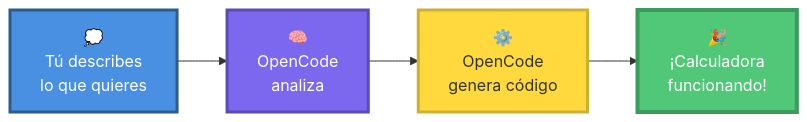
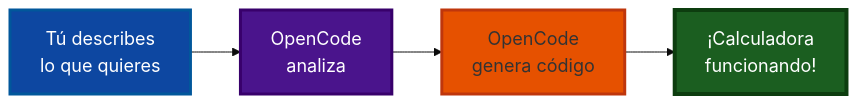
The eighth of 12 diagrams in courses/🟡-development/FPUNA-2026/00-FUNDAMENTOS-PRINCIPALES/01-configuracion-stack-ia.md (Ai-Whisperers/Courses-Content), drawn with Mermaid before and after one commit. The commit also changed other lines of this file and 47 other files, not shown here.

First line of the commit message:
fix: Make all 473 diagrams WCAG AAA accessible (FPUNA-2026)

````diff
--- a/courses/🟡-development/FPUNA-2026/00-FUNDAMENTOS-PRINCIPALES/01-configuracion-stack-ia.md
+++ b/courses/🟡-development/FPUNA-2026/00-FUNDAMENTOS-PRINCIPALES/01-configuracion-stack-ia.md
@@ -460,11 +467,12 @@
 ```mermaid
+%%{init: {'theme':'base', 'themeVariables': {'fontSize':'18px'}}}%%
 flowchart LR
-    A["💭<br/>Tú describes<br/>lo que quieres"] --> B["🧠<br/>OpenCode<br/>analiza"]
-    B --> C["⚙️<br/>OpenCode<br/>genera código"]
-    C --> D["🎉<br/>¡Calculadora<br/>funcionando!"]
+    A["Tú describes<br/>lo que quieres"] --> B["OpenCode<br/>analiza"]
+    B --> C["OpenCode<br/>genera código"]
+    C --> D["¡Calculadora<br/>funcionando!"]
     
-    style A fill:#4A90E2,stroke:#2E5C8A,stroke-width:3px,color:#fff
-    style B fill:#7B68EE,stroke:#5A4BB5,stroke-width:3px,color:#fff
-    style C fill:#FFD93D,stroke:#CCB031,stroke-width:3px,color:#333
-    style D fill:#50C878,stroke:#3A9B5C,stroke-width:4px,color:#fff
+    style A fill:#0d47a1,stroke:#01579b,stroke-width:3px,color:#fff
+    style B fill:#4a148c,stroke:#38006b,stroke-width:3px,color:#fff
+    style C fill:#e65100,stroke:#bf360c,stroke-width:3px,color:#333
+    style D fill:#1b5e20,stroke:#0d3d0f,stroke-width:4px,color:#fff
 ```
````
